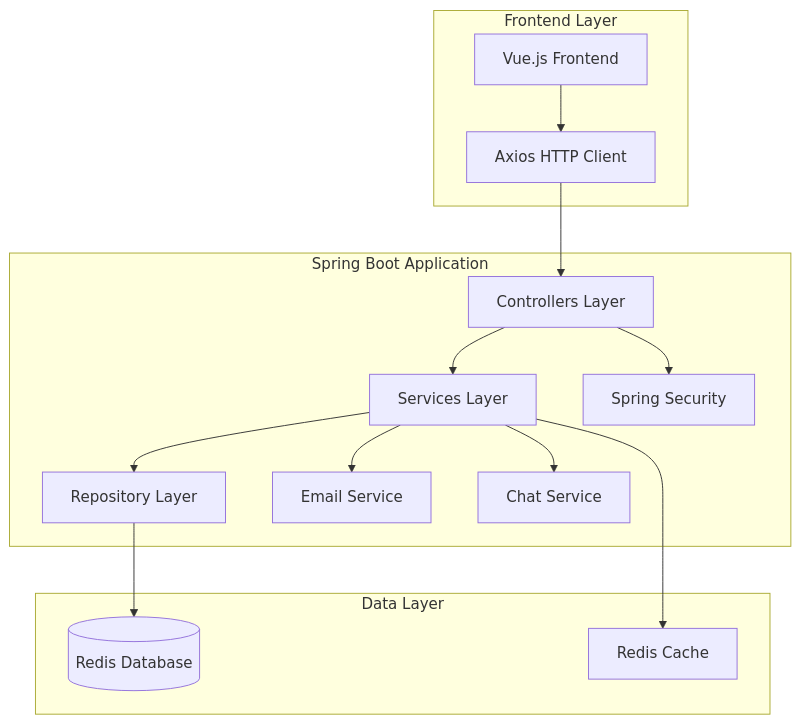
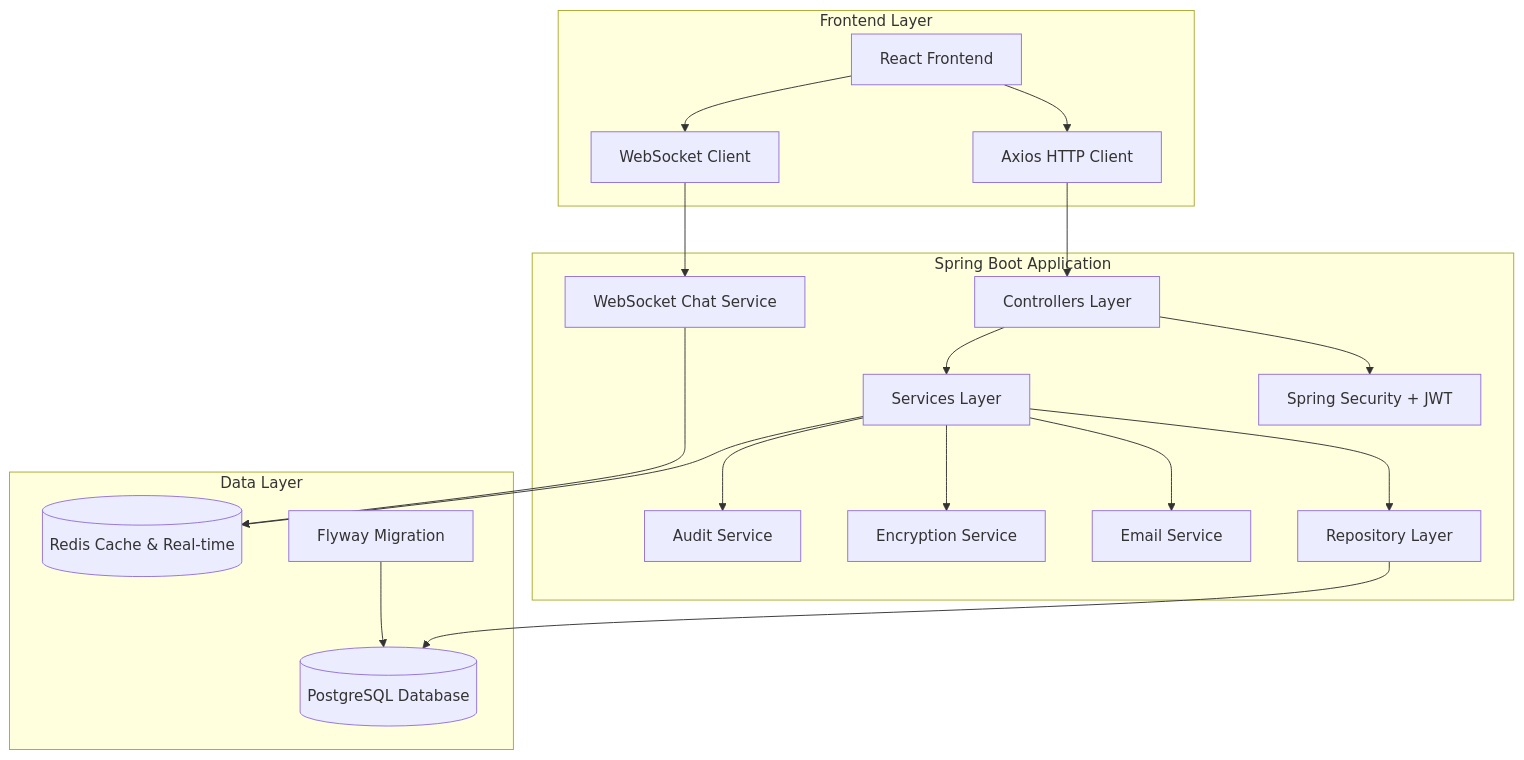
One commit to kkkqkx123/employee-management-system changed the diagram in .kiro/specs/spring-backend/design.md. Above: the diagram before and after it, drawn with Mermaid. The commit also changed other lines of this file and 6 other files, not shown here.

````diff
--- a/.kiro/specs/spring-backend/design.md
+++ b/.kiro/specs/spring-backend/design.md
@@ -11,31 +11,40 @@
 ```mermaid
 graph TB
     subgraph "Frontend Layer"
-        UI[Vue.js Frontend]
+        UI[React Frontend]
         AXIOS[Axios HTTP Client]
+        WS[WebSocket Client]
     end
     
     subgraph "Spring Boot Application"
         CTRL[Controllers Layer]
         SVC[Services Layer]
         REPO[Repository Layer]
-        SEC[Spring Security]
+        SEC[Spring Security + JWT]
         MAIL[Email Service]
-        CHAT[Chat Service]
+        CHAT[WebSocket Chat Service]
+        ENCRYPT[Encryption Service]
+        AUDIT[Audit Service]
     end
     
     subgraph "Data Layer"
-        REDIS[(Redis Database)]
-        CACHE[Redis Cache]
+        PG[(PostgreSQL Database)]
+        REDIS[(Redis Cache & Real-time)]
+        FLYWAY[Flyway Migration]
     end
     
     UI --> AXIOS
+    UI --> WS
     AXIOS --> CTRL
+    WS --> CHAT
     CTRL --> SEC
     CTRL --> SVC
     SVC --> REPO
     SVC --> MAIL
-    SVC --> CHAT
-    REPO --> REDIS
-    SVC --> CACHE
+    SVC --> ENCRYPT
+    SVC --> AUDIT
+    REPO --> PG
+    CHAT --> REDIS
+    SVC --> REDIS
+    FLYWAY --> PG
 ```
````
